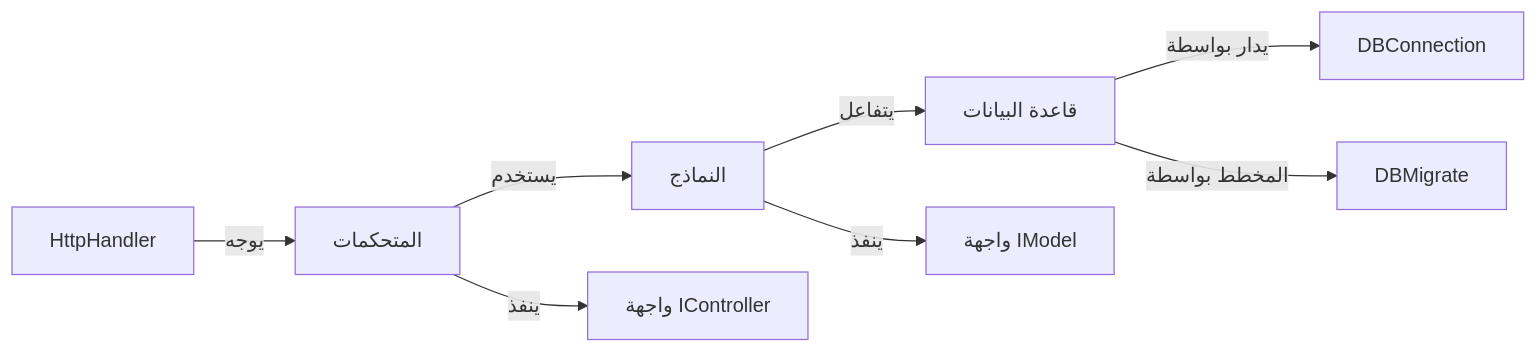
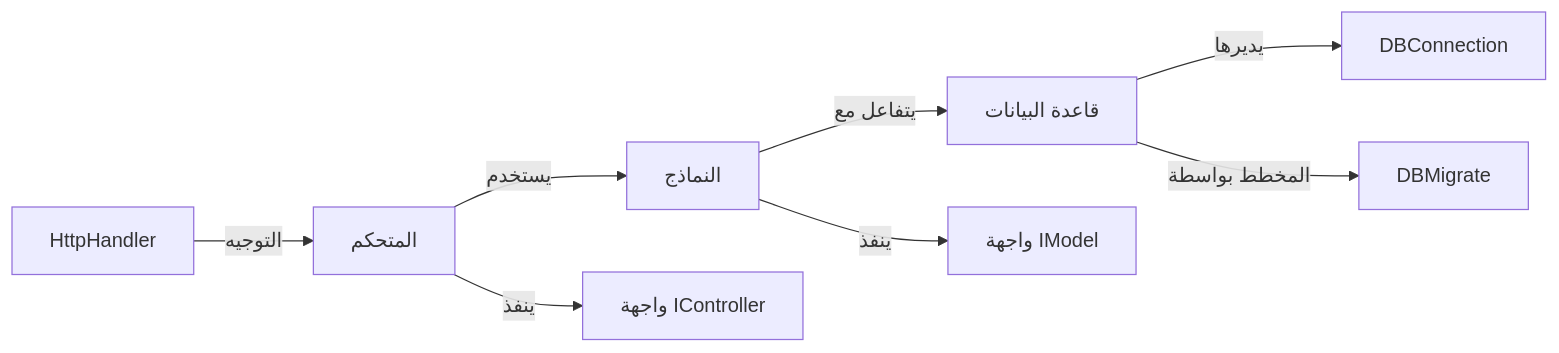
The fourth of 4 diagrams in DOCUMENTATION.ar.md (secure73/MicrosPy), drawn with Mermaid before and after one commit. The commit also changed other lines of this file and 2 other files, not shown here.

````diff
--- a/DOCUMENTATION.ar.md
+++ b/DOCUMENTATION.ar.md
@@ -434,10 +587,10 @@
 ```mermaid
 graph LR
-    A[HttpHandler] -->|يوجه| B[المتحكمات]
+    A[HttpHandler] -->|التوجيه| B[المتحكم]
     B -->|يستخدم| C[النماذج]
-    C -->|يتفاعل| D[قاعدة البيانات]
+    C -->|يتفاعل مع| D[قاعدة البيانات]
     B -->|ينفذ| E[واجهة IController]
     C -->|ينفذ| F[واجهة IModel]
-    D -->|يدار بواسطة| G[DBConnection]
+    D -->|يديرها| G[DBConnection]
     D -->|المخطط بواسطة| H[DBMigrate]
 ```
````
